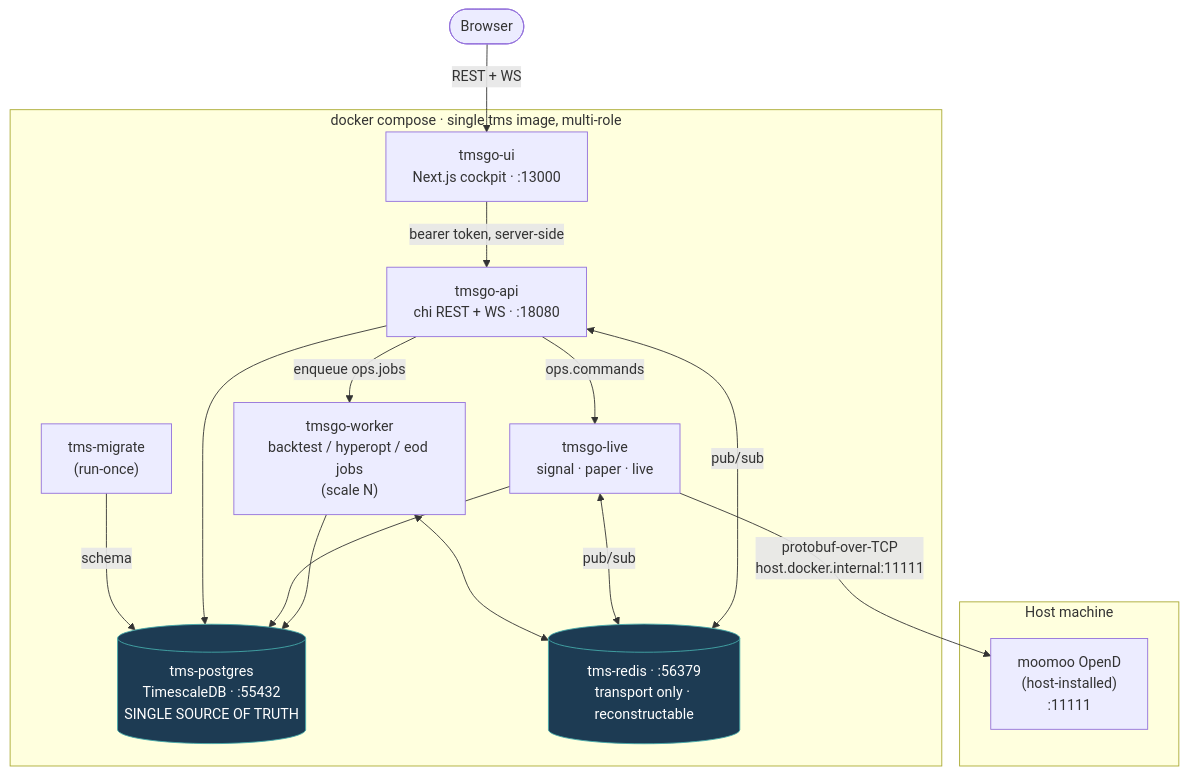
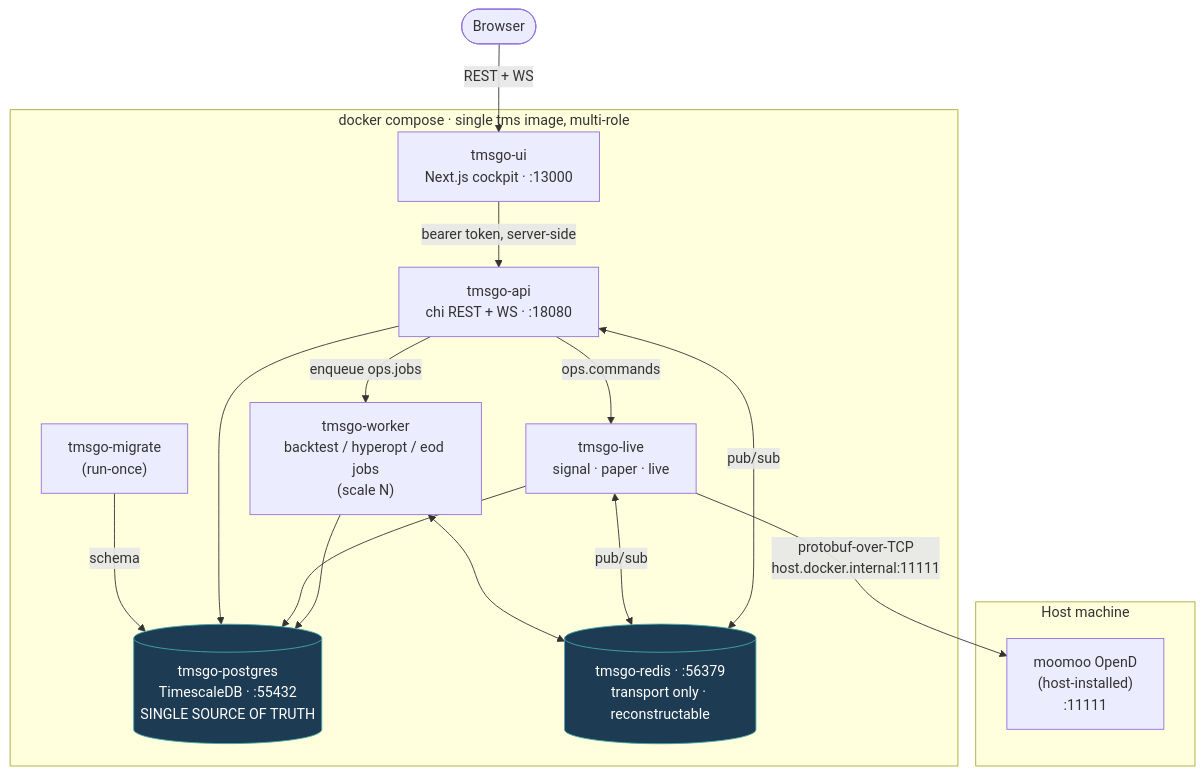
One commit to byjackchen/trade-tms-go changed the first of 3 diagrams in docs/architecture.md. Above: the diagram before and after it, drawn with Mermaid. The commit also changed other lines of this file and 9 other files, not shown here.

````diff
--- a/docs/architecture.md
+++ b/docs/architecture.md
@@ -22,31 +22,31 @@
 ```mermaid
 flowchart TB
     browser([Browser])
     subgraph host["Host machine"]
       opend["moomoo OpenD<br/>(host-installed)<br/>:11111"]
     end
     subgraph compose["docker compose · single tms image, multi-role"]
       ui["tmsgo-ui<br/>Next.js cockpit · :13000"]
       api["tmsgo-api<br/>chi REST + WS · :18080"]
       worker["tmsgo-worker<br/>backtest / hyperopt / eod jobs<br/>(scale N)"]
       live["tmsgo-live<br/>signal · paper · live"]
-      migrate["tms-migrate<br/>(run-once)"]
-      pg[("tms-postgres<br/>TimescaleDB · :55432<br/>SINGLE SOURCE OF TRUTH")]
-      redis[("tms-redis · :56379<br/>transport only · reconstructable")]
+      migrate["tmsgo-migrate<br/>(run-once)"]
+      pg[("tmsgo-postgres<br/>TimescaleDB · :55432<br/>SINGLE SOURCE OF TRUTH")]
+      redis[("tmsgo-redis · :56379<br/>transport only · reconstructable")]
     end
     browser -->|REST + WS| ui
     ui -->|bearer token, server-side| api
     api -->|enqueue ops.jobs| worker
     api <-->|pub/sub| redis
     api -->|ops.commands| live
     worker --> pg
     live --> pg
     api --> pg
     live <-->|pub/sub| redis
     live -->|protobuf-over-TCP<br/>host.docker.internal:11111| opend
     migrate -->|schema| pg
     worker <--> redis
 
     classDef db fill:#1d3b53,stroke:#4aa,color:#fff
     class pg,redis db
 ```
````
